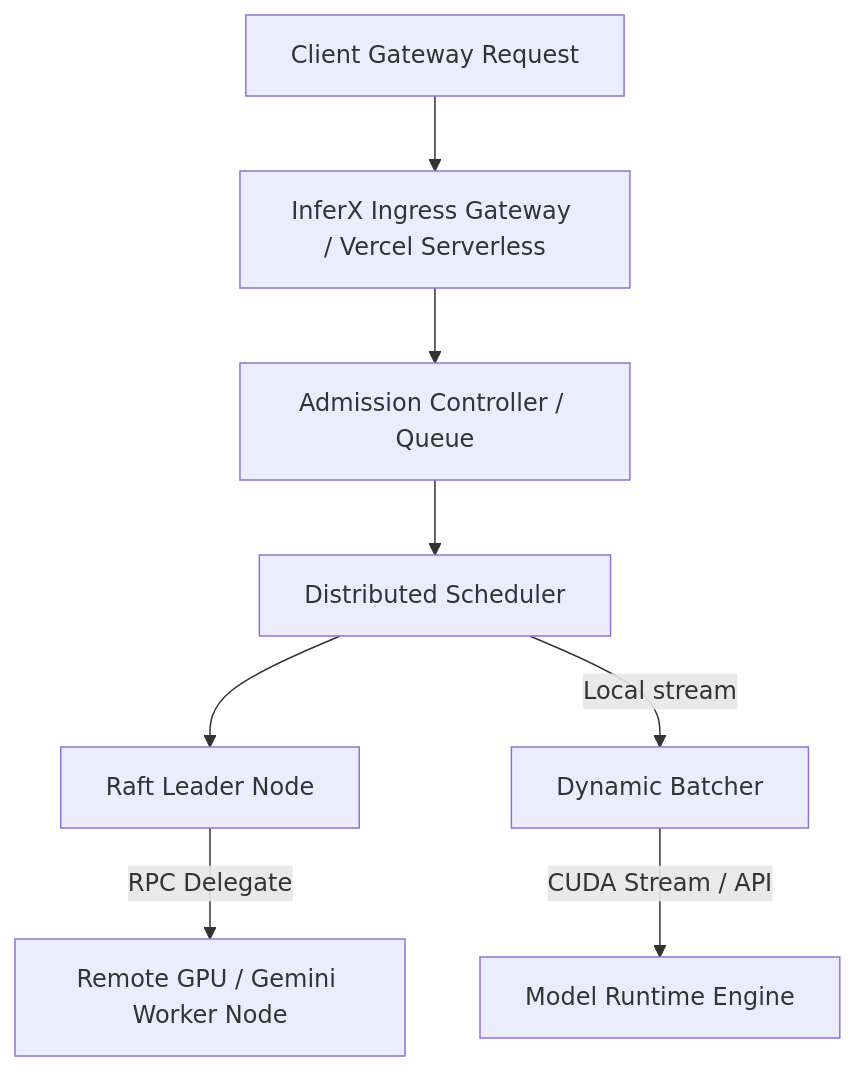
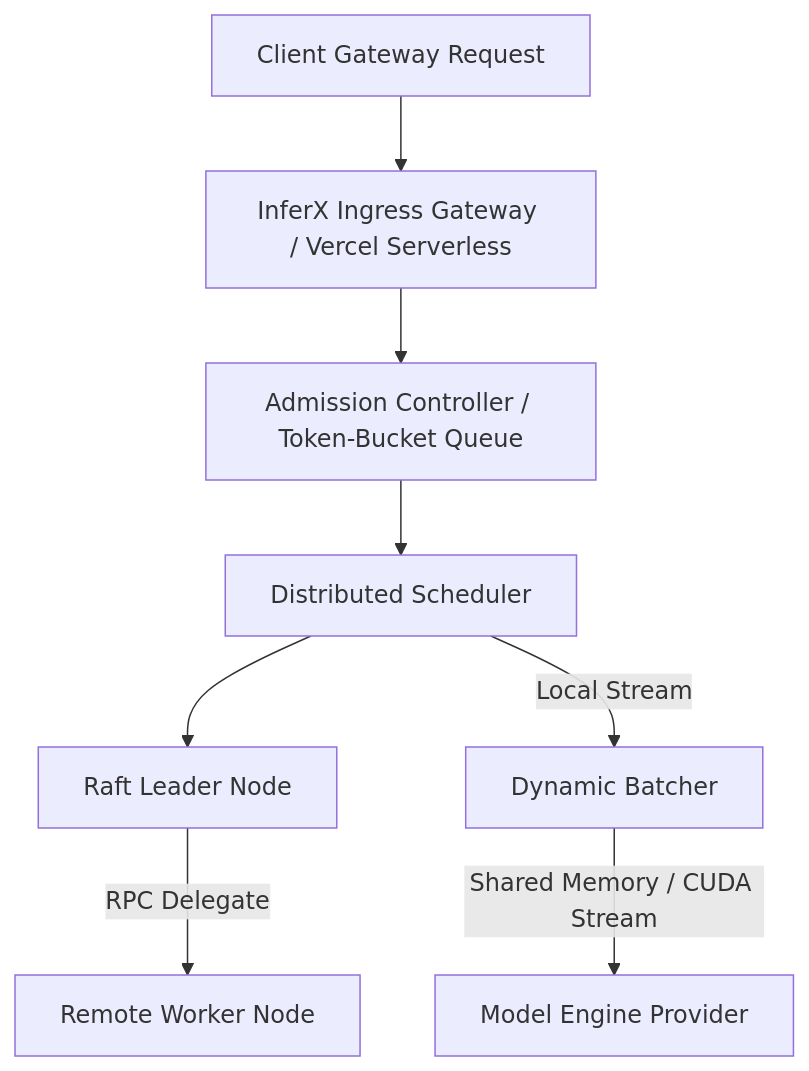
The diagram in README.md (Reya-Doshi/InferX), drawn with Mermaid before and after one commit. The commit also changed other lines of this file, not shown here.

Commit message:
Refine README.md: native Mermaid diagram, benchmark latency footnote, admission control error codes (429/503), and formatted Quick Start bash blocks

````diff
--- a/README.md
+++ b/README.md
@@ -73,10 +73,10 @@
 ```mermaid
 graph TD
     Client[Client Gateway Request] --> Gateway[InferX Ingress Gateway / Vercel Serverless]
-    Gateway --> Admission[Admission Controller / Queue]
+    Gateway --> Admission[Admission Controller / Token-Bucket Queue]
     Admission --> Scheduler[Distributed Scheduler]
     Scheduler --> Coordinator[Raft Leader Node]
-    Coordinator -->|RPC Delegate| RemoteWorker[Remote GPU / Gemini Worker Node]
-    Scheduler -->|Local stream| LocalBatcher[Dynamic Batcher]
-    LocalBatcher -->|CUDA Stream / API| GPURuntime[Model Runtime Engine]
+    Coordinator -->|RPC Delegate| RemoteWorker[Remote Worker Node]
+    Scheduler -->|Local Stream| LocalBatcher[Dynamic Batcher]
+    LocalBatcher -->|Shared Memory / CUDA Stream| GPURuntime[Model Engine Provider]
 ```
````
